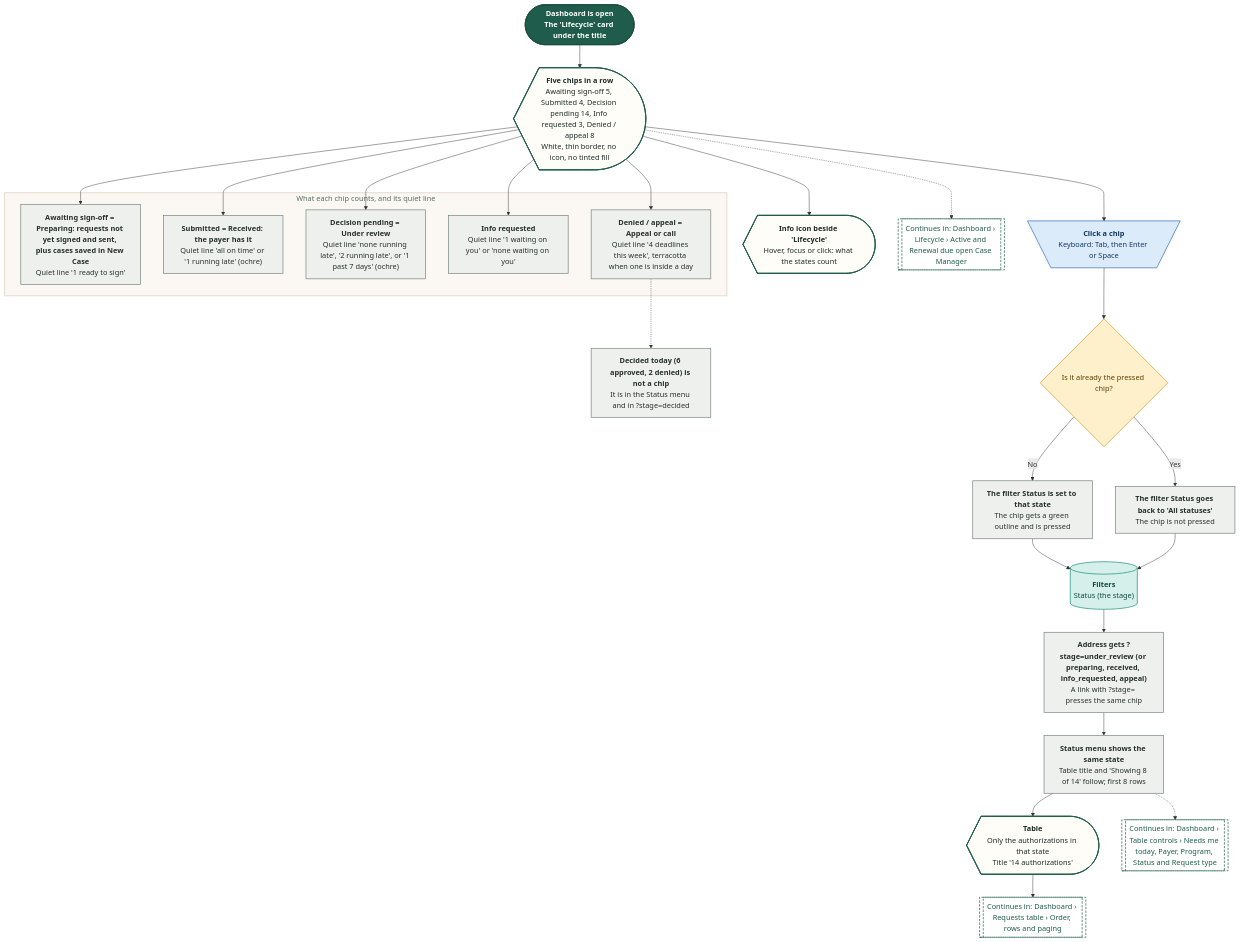
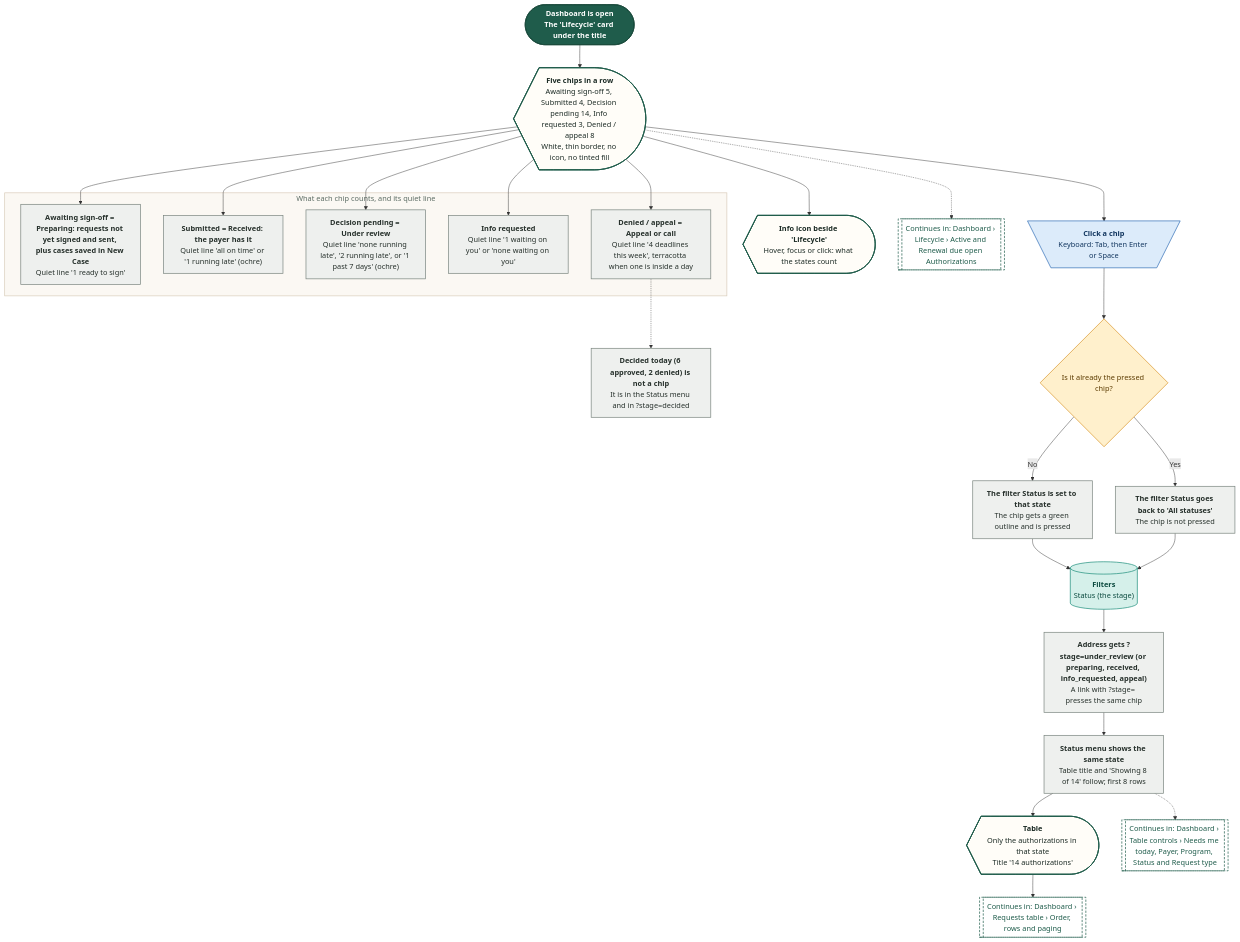
One commit to Shrav143/psyfloapp changed the eighth of 21 diagrams in demos/prior-auth-demo/workflows/out/md/02-dashboard.md. Above: the diagram before and after it, drawn with Mermaid. The commit also changed other lines of this file and 113 other files, not shown here.

First line of the commit message:
docs: workflow diagrams for the merged Authorizations (worklist, approved, reviews and tracked cases, sidebar arrow), every link retargeted, 336 diagrams

````diff
--- a/demos/prior-auth-demo/workflows/out/md/02-dashboard.md
+++ b/demos/prior-auth-demo/workflows/out/md/02-dashboard.md
@@ -545,59 +545,59 @@
 ```mermaid
 %%{init: {"theme":"base","themeVariables":{"fontFamily":"'DM Sans', 'Segoe UI', system-ui, sans-serif","fontSize":"15px","lineColor":"#5B6B63","primaryTextColor":"#1C2B25","clusterBkg":"#FBF8F3","clusterBorder":"#D9CDBB","edgeLabelBackground":"#FFFFFF"},"flowchart":{"curve":"basis","nodeSpacing":36,"rankSpacing":48,"padding":12,"htmlLabels":true,"useMaxWidth":false,"wrappingWidth":230}} }%%
 flowchart TD
   classDef k_start fill:#1F5C4B,stroke:#174638,color:#FFFFFF,stroke-width:1.5px,font-weight:600
   classDef k_end fill:#DDEFE3,stroke:#2E7D4F,color:#14502F,stroke-width:1.5px,font-weight:600
   classDef k_endx fill:#FBE3E0,stroke:#C0392B,color:#7A1F16,stroke-width:1.5px,font-weight:600
   classDef k_screen fill:#FFFDF8,stroke:#1F5C4B,color:#1C2B25,stroke-width:2px
   classDef k_overlay fill:#F1F7F3,stroke:#1F5C4B,color:#1C2B25,stroke-width:2px,stroke-dasharray:5 3
   classDef k_click fill:#DCEBFA,stroke:#2F6DB5,color:#12365F,stroke-width:1.5px
   classDef k_input fill:#E4E7FF,stroke:#4C5FD5,color:#1D2670,stroke-width:1.5px
   classDef k_process fill:#EEF0EE,stroke:#7A857F,color:#26302B,stroke-width:1.5px
   classDef k_agent fill:#EEE5FA,stroke:#7A4FC2,color:#341A63,stroke-width:1.5px
   classDef k_decision fill:#FFF0CC,stroke:#D9962B,color:#5C3B00,stroke-width:1.5px
   classDef k_store fill:#D5F0EA,stroke:#1C8E7B,color:#0B4A3F,stroke-width:1.5px
   classDef k_doc fill:#F6E9DC,stroke:#B07A4C,color:#4A2E14,stroke-width:1.5px
   classDef k_ext fill:#FFE6D2,stroke:#E07B39,color:#6B2F06,stroke-width:1.5px
   classDef k_wait fill:#E4E8EE,stroke:#6B7C93,color:#26303D,stroke-width:1.5px
   classDef k_toast fill:#FFF9DB,stroke:#C9A400,color:#5A4A00,stroke-width:1.5px
   classDef k_goto fill:#FFFFFF,stroke:#1F5C4B,color:#1F5C4B,stroke-width:1.5px,stroke-dasharray:5 3
   s1@{ shape: stadium, label: "<b>Dashboard is open</b><br/>The 'Lifecycle' card under the title" }
   sc@{ shape: curv-trap, label: "<b>Five chips in a row</b><br/>Awaiting sign-off 5, Submitted 4, Decision pending 14, Info requested 3, Denied / appeal 8<br/>White, thin border, no icon, no tinted fill" }
   ip@{ shape: curv-trap, label: "<b>Info icon beside 'Lifecycle'</b><br/>Hover, focus or click: what the states count" }
   subgraph gCount ["What each chip counts, and its quiet line"]
   c1@{ shape: rect, label: "<b>Awaiting sign-off = Preparing: requests not yet signed and sent, plus cases saved in New Case</b><br/>Quiet line '1 ready to sign'" }
   c2@{ shape: rect, label: "<b>Submitted = Received: the payer has it</b><br/>Quiet line 'all on time' or '1 running late' (ochre)" }
   c3@{ shape: rect, label: "<b>Decision pending = Under review</b><br/>Quiet line 'none running late', '2 running late', or '1 past 7 days' (ochre)" }
   c4@{ shape: rect, label: "<b>Info requested</b><br/>Quiet line '1 waiting on you' or 'none waiting on you'" }
   c5@{ shape: rect, label: "<b>Denied / appeal = Appeal or call</b><br/>Quiet line '4 deadlines this week', terracotta when one is inside a day" }
   end
   n1@{ shape: rect, label: "<b>Decided today (6 approved, 2 denied) is not a chip</b><br/>It is in the Status menu and in ?stage=decided" }
   k1@{ shape: trap-t, label: "<b>Click a chip</b><br/>Keyboard: Tab, then Enter or Space" }
   d1@{ shape: diam, label: "Is it already the pressed chip?" }
   p1@{ shape: rect, label: "<b>The filter Status is set to that state</b><br/>The chip gets a green outline and is pressed" }
   p2@{ shape: rect, label: "<b>The filter Status goes back to 'All statuses'</b><br/>The chip is not pressed" }
   w1@{ shape: cyl, label: "<b>Filters</b><br/>Status (the stage)" }
   p3@{ shape: rect, label: "<b>Address gets ?stage=under_review (or preparing, received, info_requested, appeal)</b><br/>A link with ?stage= presses the same chip" }
   p4@{ shape: rect, label: "<b>Status menu shows the same state</b><br/>Table title and 'Showing 8 of 14' follow; first 8 rows" }
   sc2@{ shape: curv-trap, label: "<b>Table</b><br/>Only the authorizations in that state<br/>Title '14 authorizations'" }
-  g1@{ shape: subproc, label: "Continues in: Dashboard › Lifecycle › Active and Renewal due open Case Manager" }
+  g1@{ shape: subproc, label: "Continues in: Dashboard › Lifecycle › Active and Renewal due open Authorizations" }
   g2@{ shape: subproc, label: "Continues in: Dashboard › Table controls › Needs me today, Payer, Program, Status and Request type" }
   g3@{ shape: subproc, label: "Continues in: Dashboard › Requests table › Order, rows and paging" }
   s1 --> sc --> k1 --> d1
   sc --> ip
   sc --> c1 & c2 & c3 & c4 & c5
   c5 -.-> n1
   d1 -->|"No"| p1 --> w1
   d1 -->|"Yes"| p2 --> w1
   w1 --> p3 --> p4 --> sc2 --> g3
   sc -.-> g1
   p4 -.-> g2
   class s1 k_start
   class sc,ip,sc2 k_screen
   class c1,c2,c3,c4,c5,n1,p1,p2,p3,p4 k_process
   class k1 k_click
   class d1 k_decision
   class w1 k_store
   class g1,g2,g3 k_goto
   style gCount fill:#FBF8F3,stroke:#D9CDBB,stroke-width:1.5px,color:#5B6B63
 ```
````
